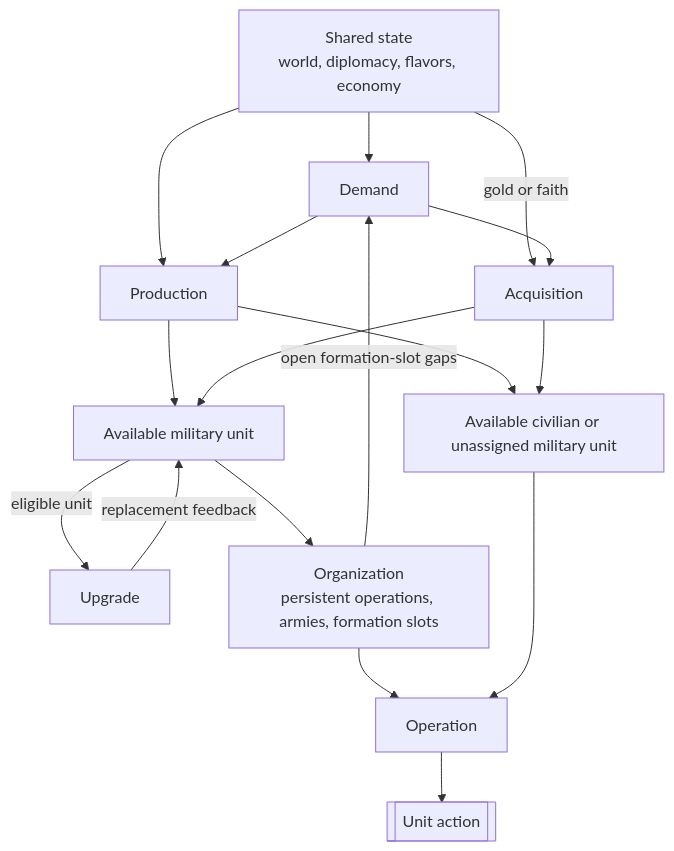
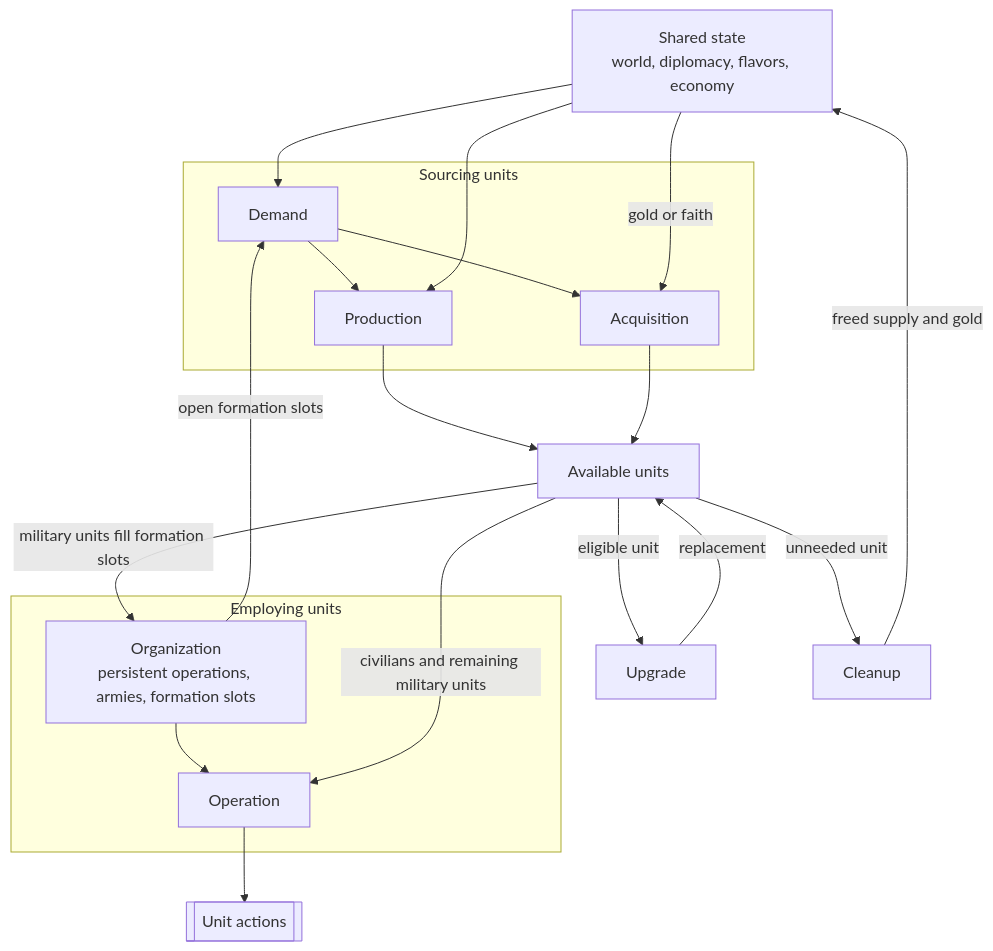
Before and after one commit to vox-deorum/vox-deorum: the diagram in docs/developers/civ5-dll/unit-ai/overview.md, drawn with Mermaid. The commit also changed other lines of this file and 14 other files, not shown here.

````diff
--- a/docs/developers/civ5-dll/unit-ai/overview.md
+++ b/docs/developers/civ5-dll/unit-ai/overview.md
@@ -24,19 +25,27 @@
 ```mermaid
 flowchart TD
-    S[Shared state<br/>world, diplomacy, flavors, economy] --> D[Demand]
-    S --> P[Production]
-    S -->|gold or faith| A[Acquisition]
-    D --> P
-    D --> A
-    P --> M[Available military unit]
-    P --> C[Available civilian or unassigned military unit]
-    A --> M
-    A --> C
-    M -->|eligible unit| U[Upgrade]
-    U -->|replacement feedback| M
-    M --> O[Organization<br/>persistent operations, armies, formation slots]
-    O -->|open formation-slot gaps| D
-    O --> R[Operation]
-    C --> R
-    R --> X[[Unit action]]
+    S[Shared state<br/>world, diplomacy, flavors, economy]
+
+    subgraph Sourcing[Sourcing units]
+        D[Demand] --> P[Production]
+        D --> A[Acquisition]
+    end
+
+    subgraph Employing[Employing units]
+        O[Organization<br/>persistent operations, armies, formation slots] --> R[Operation]
+    end
+
+    S --> D
+    S --> P
+    S -->|gold or faith| A
+    P --> V[Available units]
+    A --> V
+    V -->|military units fill formation slots| O
+    V -->|civilians and remaining military units| R
+    O -->|open formation slots| D
+    R --> X[[Unit actions]]
+    V -->|eligible unit| U[Upgrade]
+    U -->|replacement| V
+    V -->|unneeded unit| C[Cleanup]
+    C -->|freed supply and gold| S
 ```
````
